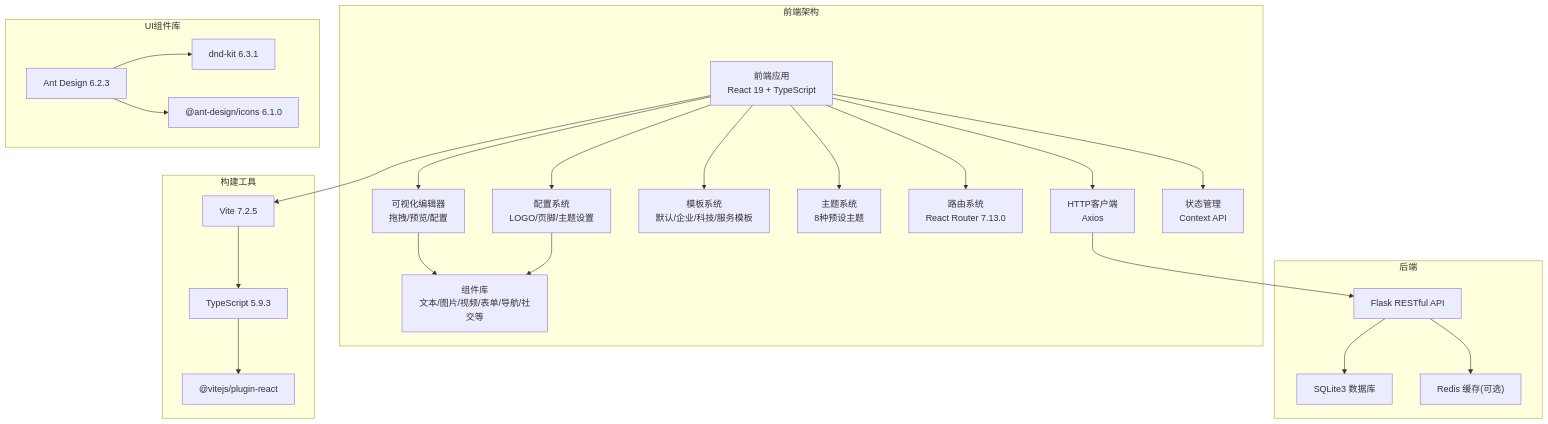
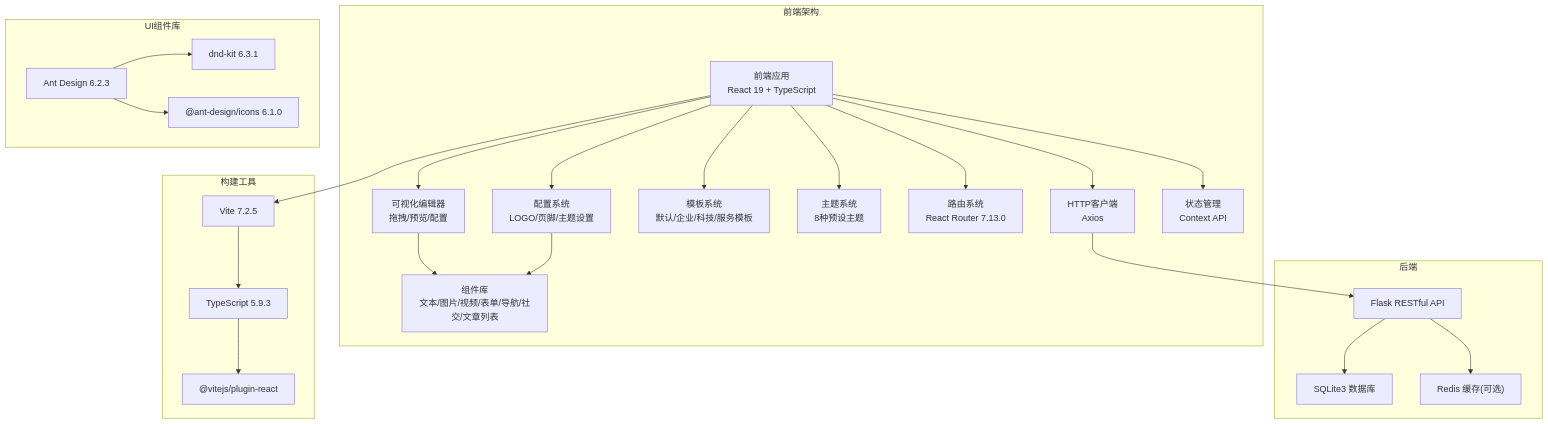
The first of 11 diagrams in .qoder/repowiki/zh/content/前端组件系统/前端组件系统.md (wyg5208/website_diy), drawn with Mermaid before and after one commit. The commit also changed other lines of this file and 7 other files, not shown here.

````diff
--- a/.qoder/repowiki/zh/content/前端组件系统/前端组件系统.md
+++ b/.qoder/repowiki/zh/content/前端组件系统/前端组件系统.md
@@ -63,46 +61,46 @@
 ```mermaid
 graph TB
 subgraph "前端架构"
 FE_App["前端应用<br/>React 19 + TypeScript"]
 FE_Editor["可视化编辑器<br/>拖拽/预览/配置"]
-FE_Components["组件库<br/>文本/图片/视频/表单/导航/社交等"]
+FE_Components["组件库<br/>文本/图片/视频/表单/导航/社交/文章列表"]
 FE_Config["配置系统<br/>LOGO/页脚/主题设置"]
 FE_Templates["模板系统<br/>默认/企业/科技/服务模板"]
 FE_Themes["主题系统<br/>8种预设主题"]
 FE_Router["路由系统<br/>React Router 7.13.0"]
 FE_HTTP["HTTP客户端<br/>Axios"]
 FE_State["状态管理<br/>Context API"]
 end
 subgraph "构建工具"
 BUILD_Vite["Vite 7.2.5"]
 BUILD_TS["TypeScript 5.9.3"]
 BUILD_Plugins["@vitejs/plugin-react"]
 end
 subgraph "UI组件库"
 UI_Antd["Ant Design 6.2.3"]
 UI_DnD["dnd-kit 6.3.1"]
 UI_Icons["@ant-design/icons 6.1.0"]
 end
 subgraph "后端"
 BE_API["Flask RESTful API"]
 BE_DB["SQLite3 数据库"]
 BE_Cache["Redis 缓存(可选)"]
 end
 FE_App --> FE_HTTP
 FE_HTTP --> BE_API
 BE_API --> BE_DB
 BE_API --> BE_Cache
 FE_App --> FE_Router
 FE_App --> FE_State
 FE_App --> FE_Editor
 FE_App --> FE_Config
 FE_App --> FE_Templates
 FE_App --> FE_Themes
 FE_Editor --> FE_Components
 FE_Config --> FE_Components
 FE_App --> BUILD_Vite
 BUILD_Vite --> BUILD_TS
 BUILD_TS --> BUILD_Plugins
 UI_Antd --> UI_DnD
 UI_Antd --> UI_Icons
 ```
````
